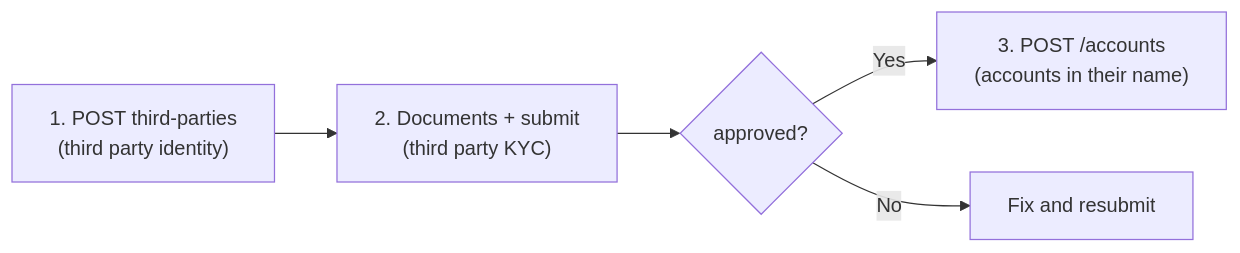
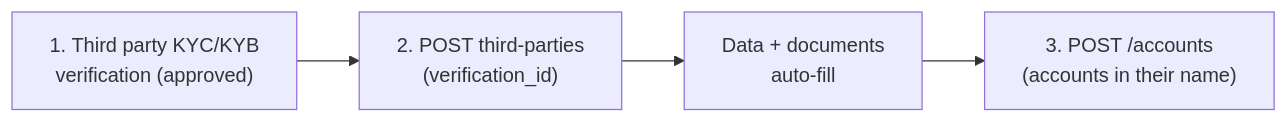
One commit to SaturoS17/docs changed the second of 2 diagrams in en/guides/banking.mdx. Above: the diagram before and after it, drawn with Mermaid. The commit also changed other lines of this file and 15 other files, not shown here.

Commit message:
docs: reusable verified identity (KYC/KYB unificado) - v1.39 publica / v1.48 interna

````diff
--- a/en/guides/banking.mdx
+++ b/en/guides/banking.mdx
@@ -169,7 +169,6 @@
 ```mermaid
 flowchart LR
-    reg["1. POST third-parties<br/>(third party identity)"] --> docs["2. Documents + submit<br/>(third party KYC)"]
-    docs --> approved{"approved?"}
-    approved -->|"Yes"| accts["3. POST /accounts<br/>(accounts in their name)"]
-    approved -->|"No"| fix["Fix and resubmit"]
+    verif["1. Third party KYC/KYB<br/>verification (approved)"] --> reg["2. POST third-parties<br/>(verification_id)"]
+    reg --> docs["Data + documents<br/>auto-fill"]
+    docs --> accts["3. POST /accounts<br/>(accounts in their name)"]
 ```
````
